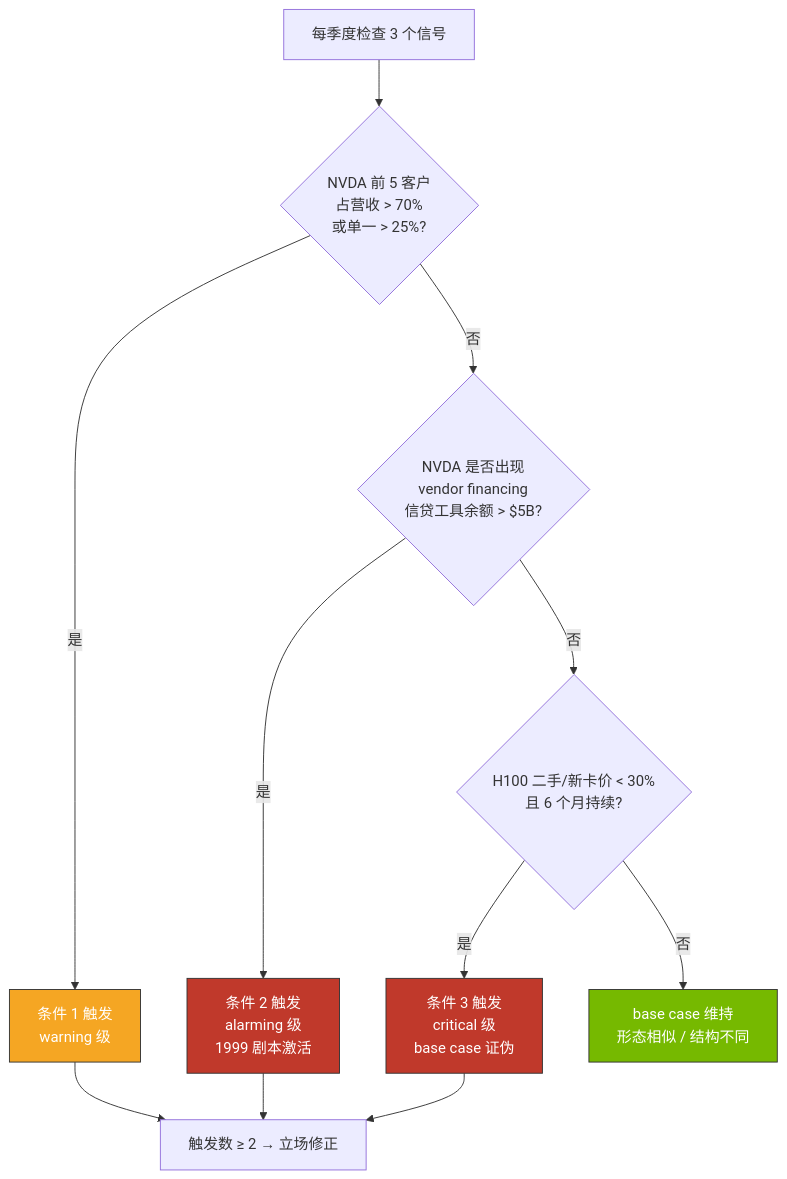
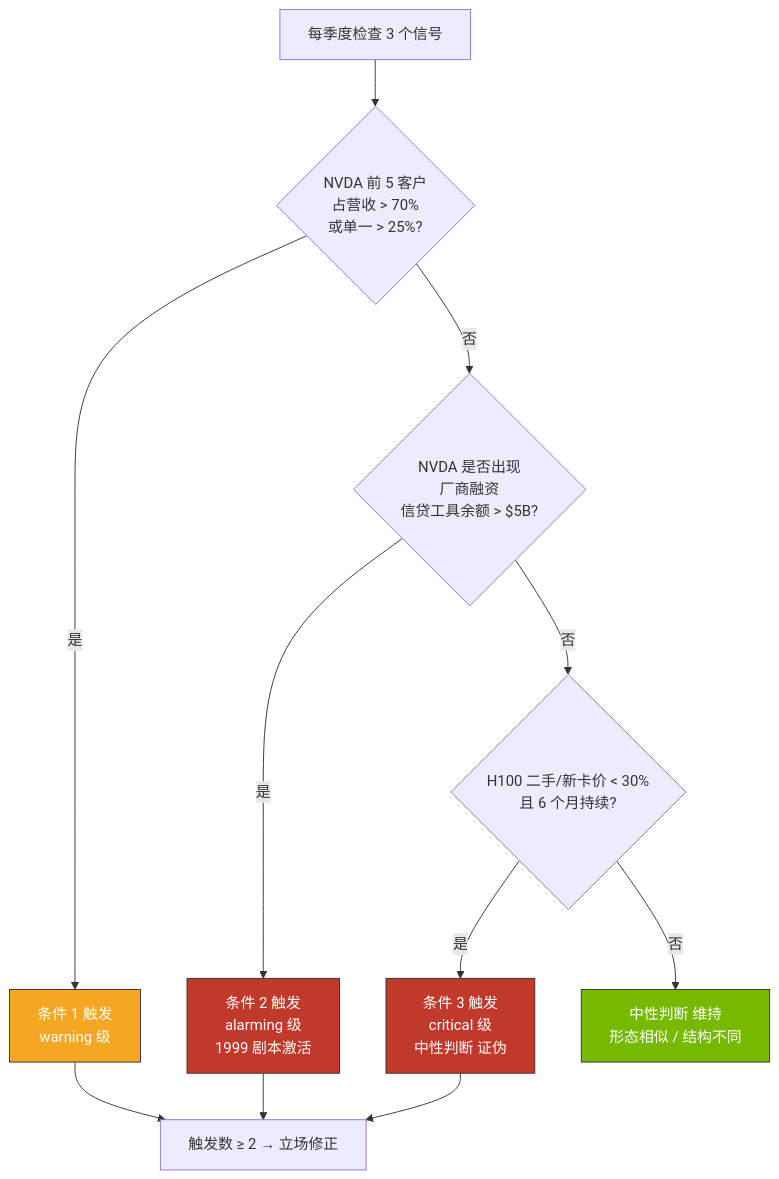
Before and after one commit to diguike/book-compute-economics: the seventh of 7 diagrams in book/18-circular-deals/README.md, drawn with Mermaid. The commit also changed other lines of this file and 33 other files, not shown here.

````diff
--- a/book/18-circular-deals/README.md
+++ b/book/18-circular-deals/README.md
@@ -544,20 +540,20 @@
 ```mermaid
 graph TD
     A[每季度检查 3 个信号] --> B{NVDA 前 5 客户<br/>占营收 > 70%<br/>或单一 > 25%?}
     B -- 是 --> C[条件 1 触发<br/>warning 级]
-    B -- 否 --> D{NVDA 是否出现<br/>vendor financing<br/>信贷工具余额 > $5B?}
+    B -- 否 --> D{NVDA 是否出现<br/>厂商融资<br/>信贷工具余额 > $5B?}
     D -- 是 --> E[条件 2 触发<br/>alarming 级<br/>1999 剧本激活]
     D -- 否 --> F{H100 二手/新卡价 < 30%<br/>且 6 个月持续?}
-    F -- 是 --> G[条件 3 触发<br/>critical 级<br/>base case 证伪]
-    F -- 否 --> H[base case 维持<br/>形态相似 / 结构不同]
+    F -- 是 --> G[条件 3 触发<br/>critical 级<br/>中性判断 证伪]
+    F -- 否 --> H[中性判断 维持<br/>形态相似 / 结构不同]
     C --> I[触发数 ≥ 2 → 立场修正]
     E --> I
     G --> I
 
     classDef green fill:#76B900,stroke:#333,color:#fff
     classDef yellow fill:#F5A623,stroke:#333,color:#fff
     classDef red fill:#C0392B,stroke:#333,color:#fff
     class H green
     class C yellow
     class E,G red
 ```
````
